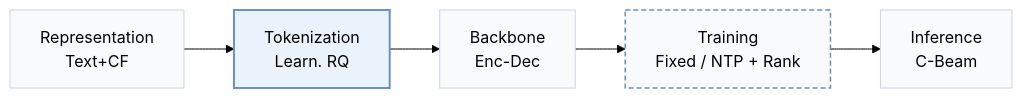
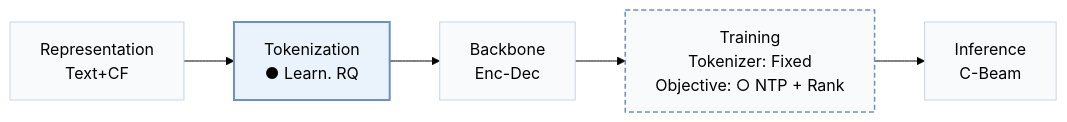
The first of 3 diagrams in pages/papers/letter.md (Galaxy-ghost/Awesome-SID-Generative-Rec), drawn with Mermaid (forest theme) before and after one commit. The commit also changed other lines of this file and 558 other files, not shown here.

````diff
--- a/pages/papers/letter.md
+++ b/pages/papers/letter.md
@@ -15,10 +18,10 @@
 ```mermaid
 flowchart LR
-    R["Representation<br/>Text+CF"] --> T["Tokenization<br/>Learn. RQ"] --> B["Backbone<br/>Enc-Dec"] --> TR["Training<br/>Fixed / NTP + Rank"] --> I["Inference<br/>C-Beam"]
+    R["Representation<br/>Text+CF"] --> T["Tokenization<br/>● Learn. RQ"] --> B["Backbone<br/>Enc-Dec"] --> TR["Training<br/>Tokenizer: Fixed<br/>Objective: ○ NTP + Rank"] --> I["Inference<br/>C-Beam"]
     classDef base fill:#f8fafc,stroke:#cbd5e1
     class R,T,B,TR,I base
-    classDef also fill:#f8fafc,stroke:#6b8fc7,stroke-width:1.5px,stroke-dasharray:5 3
-    class TR also
+    classDef other fill:#f8fafc,stroke:#6b8fc7,stroke-width:1.5px,stroke-dasharray:5 3
+    class TR other
     classDef main fill:#eaf2fb,stroke:#6b8fc7,stroke-width:2px
     class T main
 ```
````
